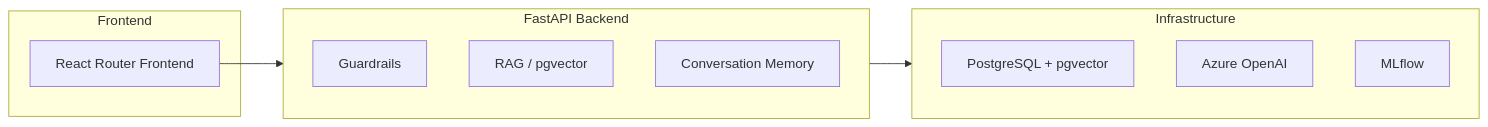
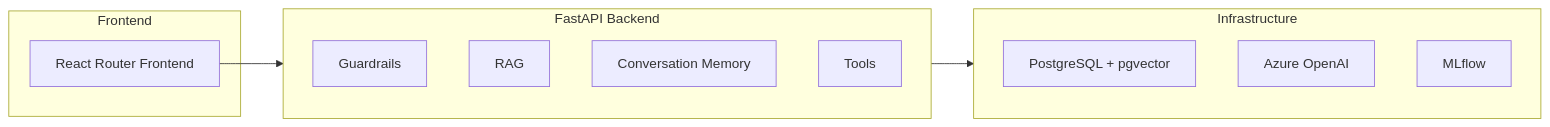
One commit to magnusrodseth/observability-med-mlflow changed the first of 4 diagrams in slides.md. Above: the diagram before and after it, drawn with Mermaid. The commit also changed other lines of this file and 5 other files, not shown here.

````diff
--- a/slides.md
+++ b/slides.md
@@ -477,21 +470,22 @@
 ```mermaid {scale: 0.75}
 graph LR
     subgraph Frontend
         A[React Router Frontend]
     end
     
     subgraph Backend["FastAPI Backend"]
         B[Guardrails]
-        C[RAG / pgvector]
+        C[RAG]
         D[Conversation Memory]
+        E[Tools]
     end
     
     subgraph Infra["Infrastructure"]
-        E[PostgreSQL + pgvector]
-        F[Azure OpenAI]
-        G[MLflow]
+        F[PostgreSQL + pgvector]
+        G[Azure OpenAI]
+        H[MLflow]
     end
     
     A --> Backend
     Backend --> Infra
 ```
````
